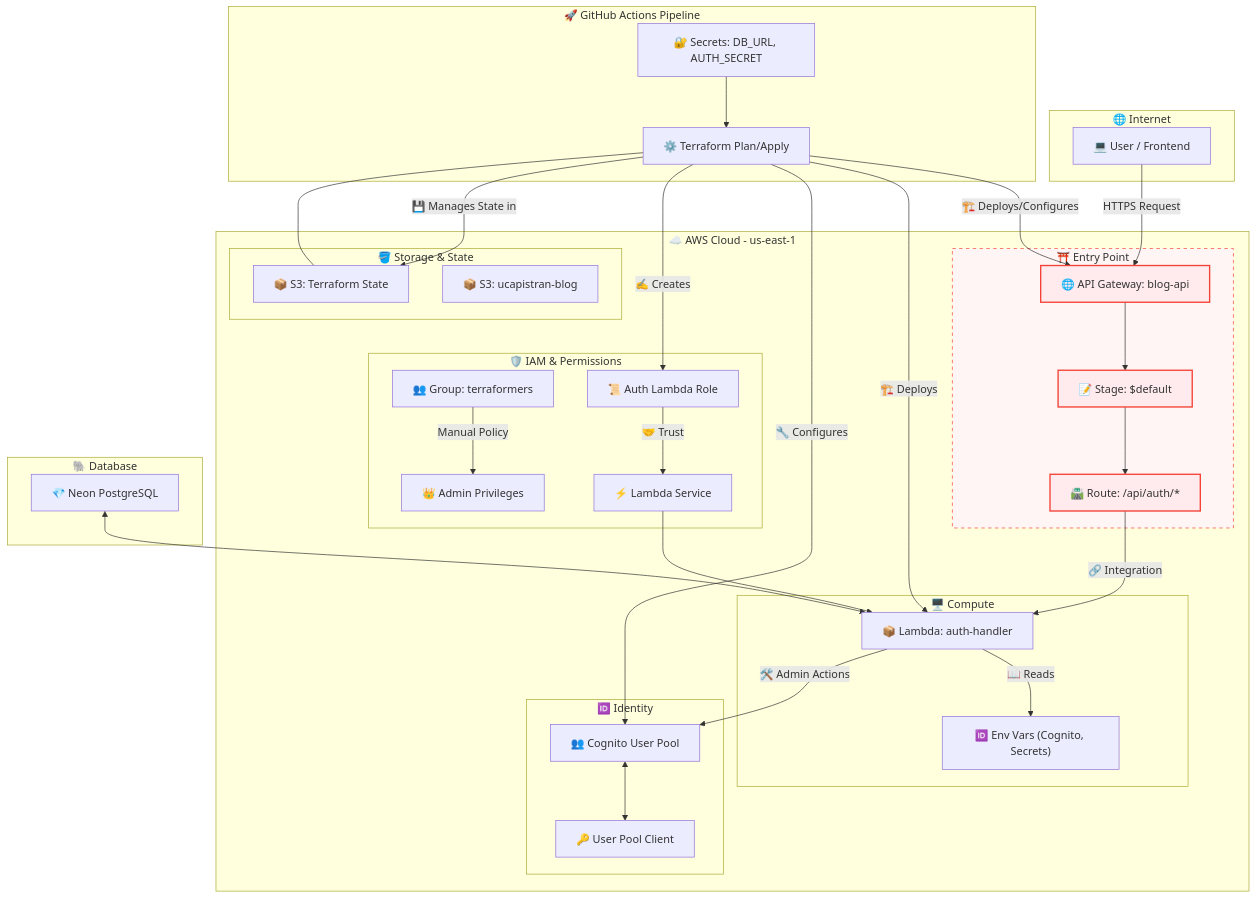
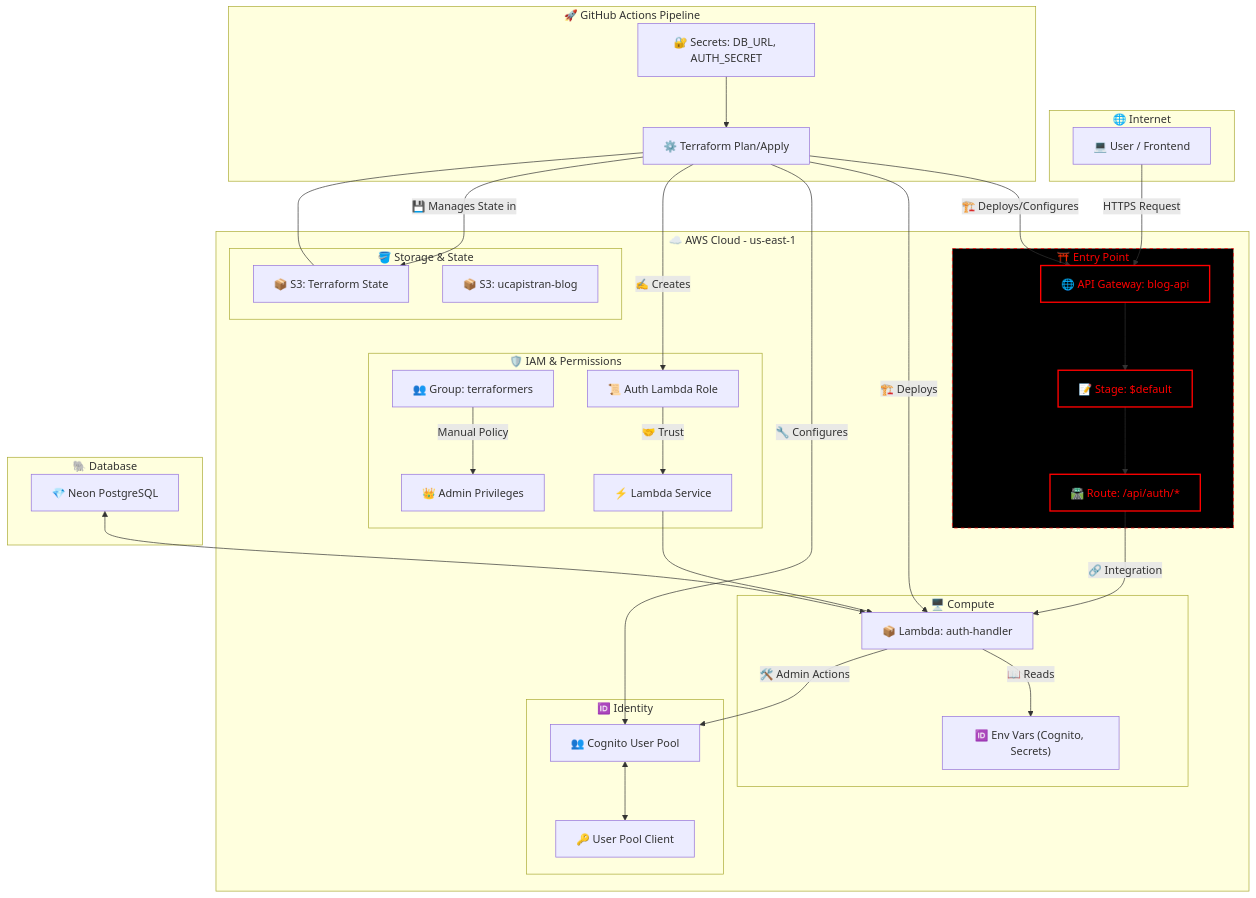
One commit to capistran-lab/blog-iac changed the diagram in README.md. Above: the diagram before and after it, drawn with Mermaid.

Commit message:
adding style

````diff
--- a/README.md
+++ b/README.md
@@ -34,61 +34,61 @@
 ```mermaid
 graph TD
     subgraph External_User [🌐 Internet]
         User["💻 User / Frontend"]
     end
 
     subgraph GitHub_Actions [🚀 GitHub Actions Pipeline]
         A["🔐 Secrets: DB_URL, AUTH_SECRET"] --> B["⚙️ Terraform Plan/Apply"]
     end
 
     subgraph AWS_Cloud [☁️ AWS Cloud - us-east-1]
 
         subgraph Gateway_Layer [⛩️ Entry Point]
             GW["🌐 API Gateway: blog-api"]
             ST["📝 Stage: $default"]
             RT["🛣️ Route: /api/auth/*"]
 
             GW --> ST
             ST --> RT
         end
 
         subgraph Storage_Layer [🪣 Storage & State]
             S1["📦 S3: Terraform State"] --- B
             S2["📦 S3: ucapistran-blog"]
         end
 
         subgraph IAM_Control [🛡️ IAM & Permissions]
             C["👥 Group: terraformers"] -- "Manual Policy" --> D["👑 Admin Privileges"]
             E["📜 Auth Lambda Role"] -- "🤝 Trust" --> F["⚡ Lambda Service"]
         end
 
         subgraph Compute_Layer [🖥️ Compute]
             F --> G["📦 Lambda: auth-handler"]
             G -- "📖 Reads" --> H["🆔 Env Vars (Cognito, Secrets)"]
         end
 
         subgraph Auth_Identity [🆔 Identity]
             I["👥 Cognito User Pool"] <--> J["🔑 User Pool Client"]
             G -- "🛠️ Admin Actions" --> I
         end
 
         RT -- "🔗 Integration" --> G
     end
 
     subgraph External [🐘 Database]
         K["💎 Neon PostgreSQL"] <--> G
     end
 
     User -- "HTTPS Request" --> GW
     B -- "🏗️ Deploys/Configures" --> GW
     B -- "🏗️ Deploys" --> G
     B -- "🔧 Configures" --> I
     B -- "✍️ Creates" --> E
     B -- "💾 Manages State in" --> S1
 
-    %% Aplicando estilos directamente para máxima compatibilidad en GitHub
-    style GW fill:#ffebee,stroke:#f44336,stroke-width:2px
-    style ST fill:#ffebee,stroke:#f44336,stroke-width:2px
-    style RT fill:#ffebee,stroke:#f44336,stroke-width:2px
-    style Gateway_Layer fill:#fff5f5,stroke:#f44336,stroke-dasharray: 5 5
+    %% Estilo DARK con bordes y letras rojas
+    style GW fill:#000,stroke:#ff0000,stroke-width:2px,color:#ff0000
+    style ST fill:#000,stroke:#ff0000,stroke-width:2px,color:#ff0000
+    style RT fill:#000,stroke:#ff0000,stroke-width:2px,color:#ff0000
+    style Gateway_Layer fill:#000,stroke:#ff0000,stroke-width:1px,stroke-dasharray: 5 5,color:#ff0000
 ```
````
